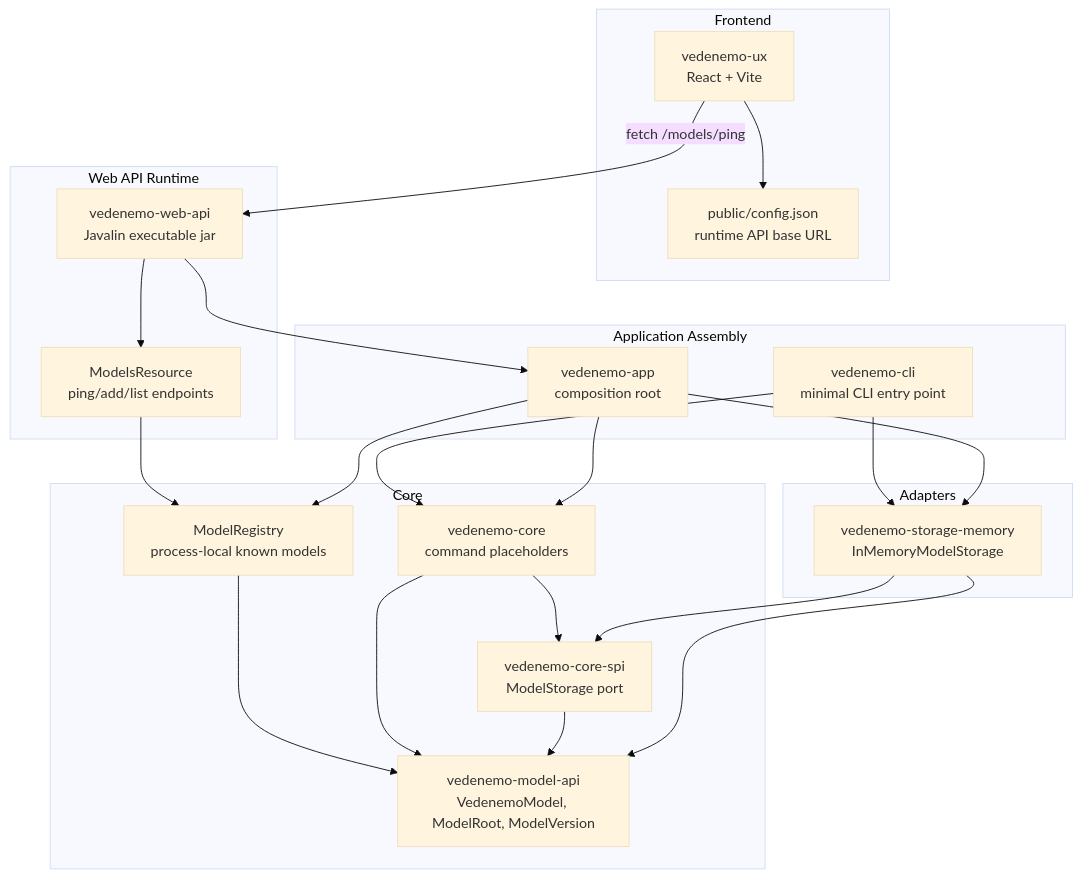
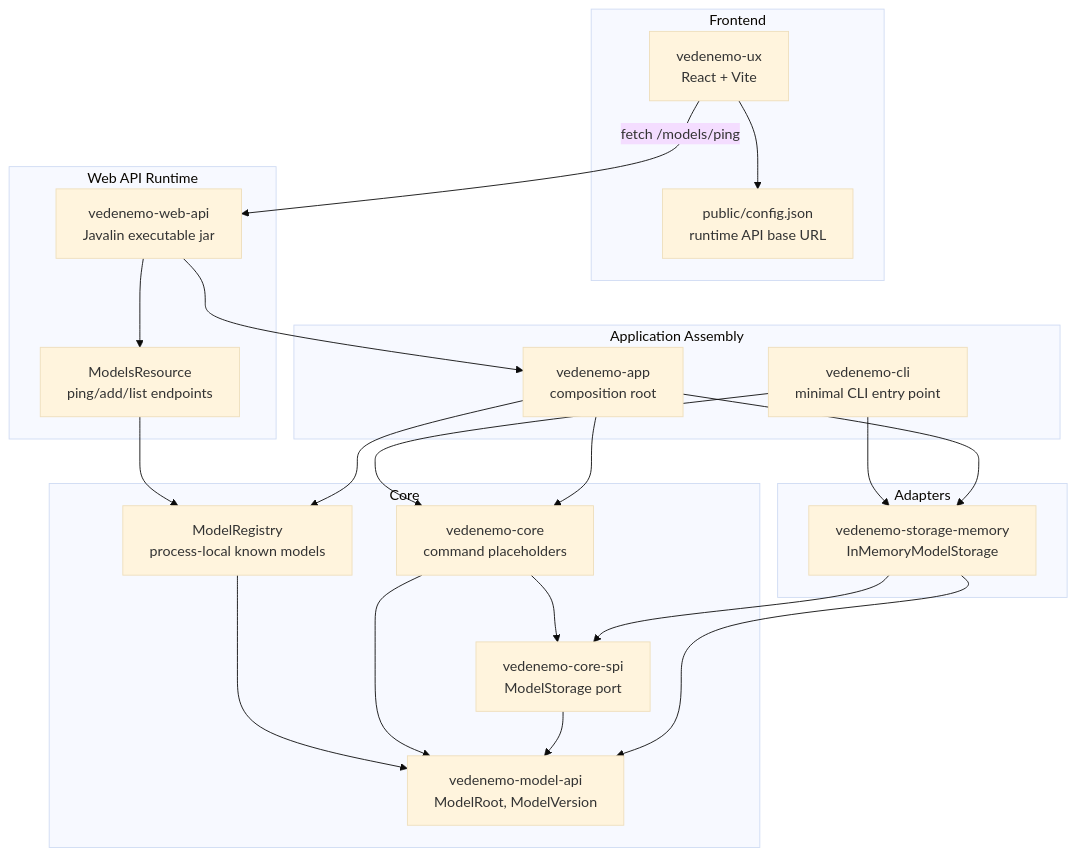
Before and after one commit to VedenemoDev/VedenemoMonorepo: the first of 4 diagrams in docs/architecture_doc.md, drawn with Mermaid (base theme). The commit also changed other lines of this file and 8 other files, not shown here.

First line of the commit message:
Refactor model storage to use ModelRoot

````diff
--- a/docs/architecture_doc.md
+++ b/docs/architecture_doc.md
@@ -14,46 +14,46 @@
 ```mermaid
 flowchart TB
 
 subgraph UX["Frontend"]
     ViteUX["vedenemo-ux<br/>React + Vite"]
     RuntimeConfig["public/config.json<br/>runtime API base URL"]
 end
 
 subgraph Web["Web API Runtime"]
     WebApi["vedenemo-web-api<br/>Javalin executable jar"]
     ModelsResource["ModelsResource<br/>ping/add/list endpoints"]
 end
 
 subgraph App["Application Assembly"]
     AppRoot["vedenemo-app<br/>composition root"]
     Cli["vedenemo-cli<br/>minimal CLI entry point"]
 end
 
 subgraph Core["Core"]
     CoreModule["vedenemo-core<br/>command placeholders"]
     ModelRegistry["ModelRegistry<br/>process-local known models"]
     Spi["vedenemo-core-spi<br/>ModelStorage port"]
-    ModelApi["vedenemo-model-api<br/>VedenemoModel, ModelRoot, ModelVersion"]
+    ModelApi["vedenemo-model-api<br/>ModelRoot, ModelVersion"]
 end
 
 subgraph Adapters["Adapters"]
     MemoryStorage["vedenemo-storage-memory<br/>InMemoryModelStorage"]
 end
 
 ViteUX --> RuntimeConfig
 ViteUX -->|fetch /models/ping| WebApi
 WebApi --> ModelsResource
 WebApi --> AppRoot
 ModelsResource --> ModelRegistry
 Cli --> CoreModule
 Cli --> MemoryStorage
 AppRoot --> CoreModule
 AppRoot --> ModelRegistry
 AppRoot --> MemoryStorage
 ModelRegistry --> ModelApi
 CoreModule --> Spi
 CoreModule --> ModelApi
 Spi --> ModelApi
 MemoryStorage --> Spi
 MemoryStorage --> ModelApi
 ```
````
